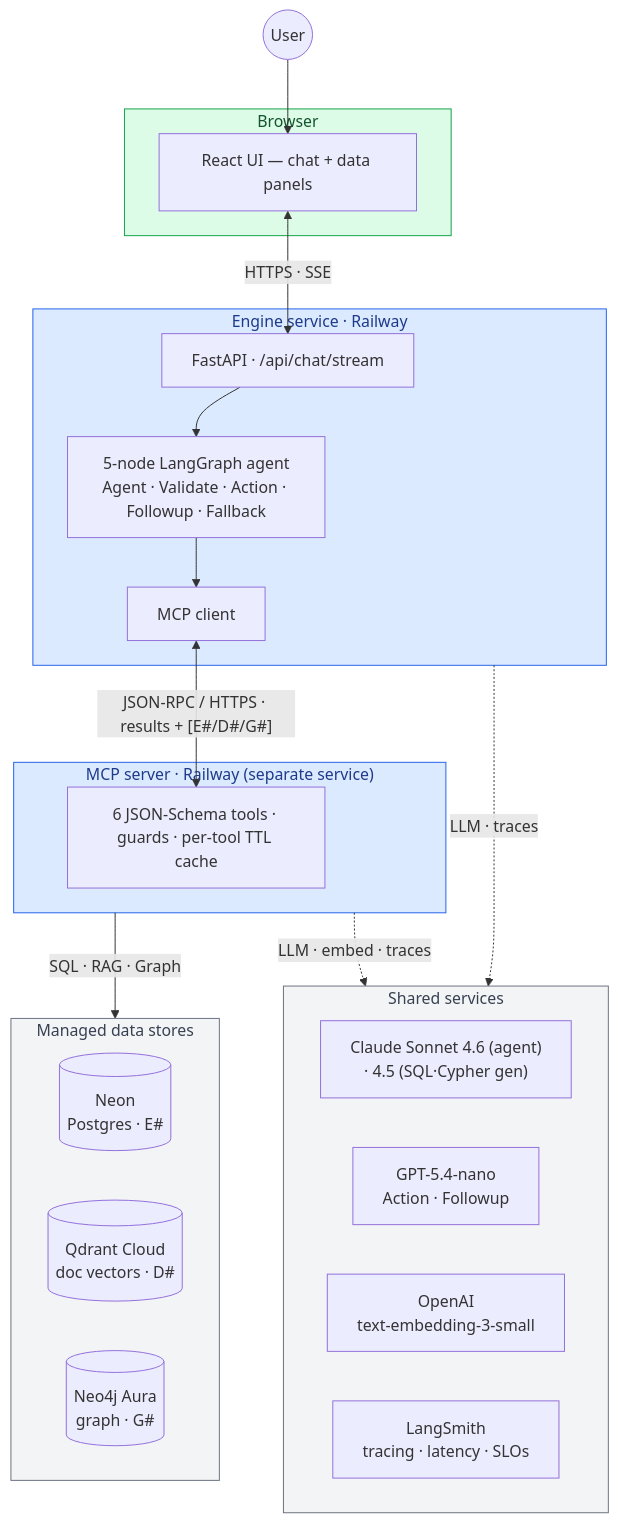
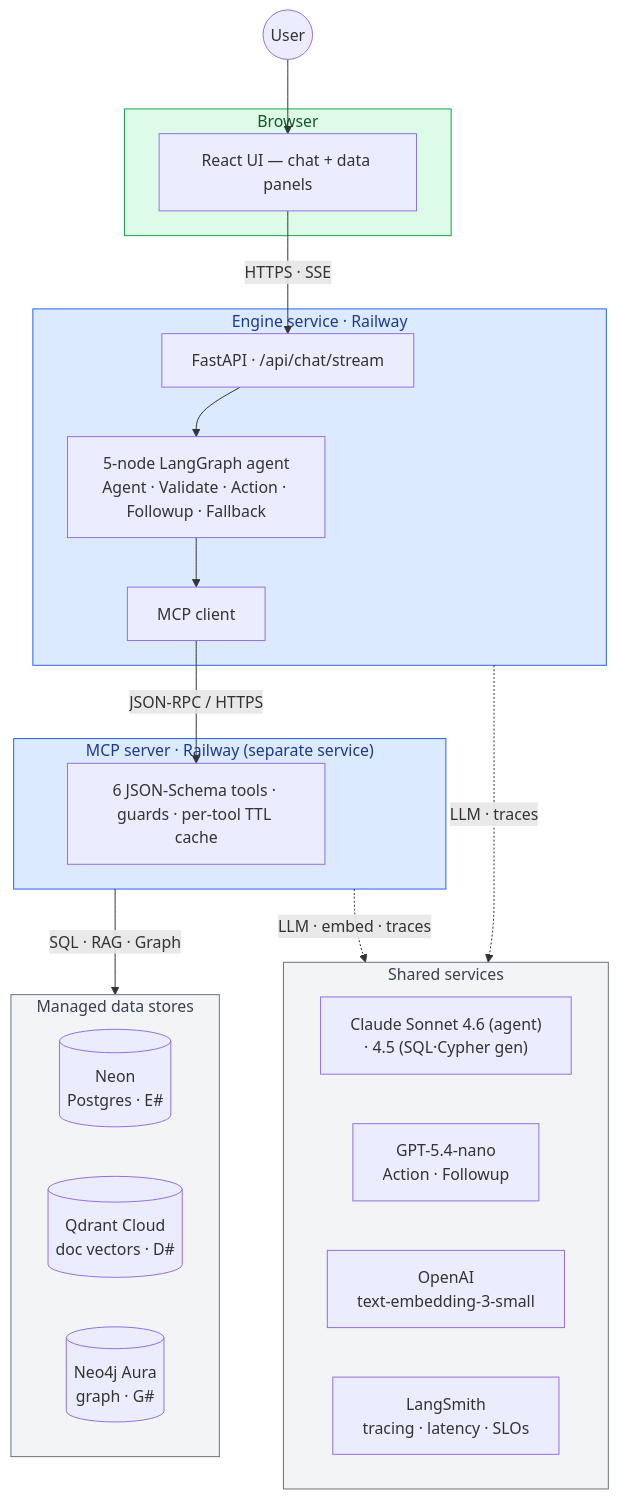
One commit to sazzad-kamal/crm-agentic-mcp-engine changed the third of 8 diagrams in README.md. Above: the diagram before and after it, drawn with Mermaid. The commit also changed other lines of this file, not shown here.

````diff
--- a/README.md
+++ b/README.md
@@ -96,45 +96,45 @@
 ```mermaid
 flowchart TB
     User(("User"))
 
     subgraph BROWSER["Browser"]
         UI["React UI — chat + data panels"]
     end
 
     subgraph RW1["Engine service · Railway"]
         API["FastAPI · /api/chat/stream"]
         AG["5-node LangGraph agent<br/>Agent · Validate · Action · Followup · Fallback"]
         MC["MCP client"]
         API --> AG --> MC
     end
 
     subgraph RW2["MCP server · Railway (separate service)"]
         TL["6 JSON-Schema tools · guards · per-tool TTL cache"]
     end
 
     subgraph DATA["Managed data stores"]
         PG[("Neon<br/>Postgres · E#")]
         QDR[("Qdrant Cloud<br/>doc vectors · D#")]
         NEO[("Neo4j Aura<br/>graph · G#")]
     end
 
     subgraph SHARED["Shared services"]
         CLA["Claude Sonnet 4.6 (agent)<br/>· 4.5 (SQL·Cypher gen)"]
         GPT["GPT-5.4-nano<br/>Action · Followup"]
         EMB["OpenAI<br/>text-embedding-3-small"]
         OBS["LangSmith<br/>tracing · latency · SLOs"]
     end
 
     User --> UI
-    UI <-->|"HTTPS · SSE"| API
-    MC <-->|"JSON-RPC / HTTPS · results + [E#/D#/G#]"| TL
+    UI -->|"HTTPS · SSE"| API
+    MC -->|"JSON-RPC / HTTPS"| TL
     RW2 -->|"SQL · RAG · Graph"| DATA
     RW1 -.->|"LLM · traces"| SHARED
     RW2 -.->|"LLM · embed · traces"| SHARED
 
     style RW1 fill:#dbeafe,stroke:#2563eb,color:#1e3a8a
     style RW2 fill:#dbeafe,stroke:#2563eb,color:#1e3a8a
     style DATA fill:#f3f4f6,stroke:#6b7280,color:#374151
     style SHARED fill:#f3f4f6,stroke:#6b7280,color:#374151
     style BROWSER fill:#dcfce7,stroke:#16a34a,color:#14532d
 ```
````
